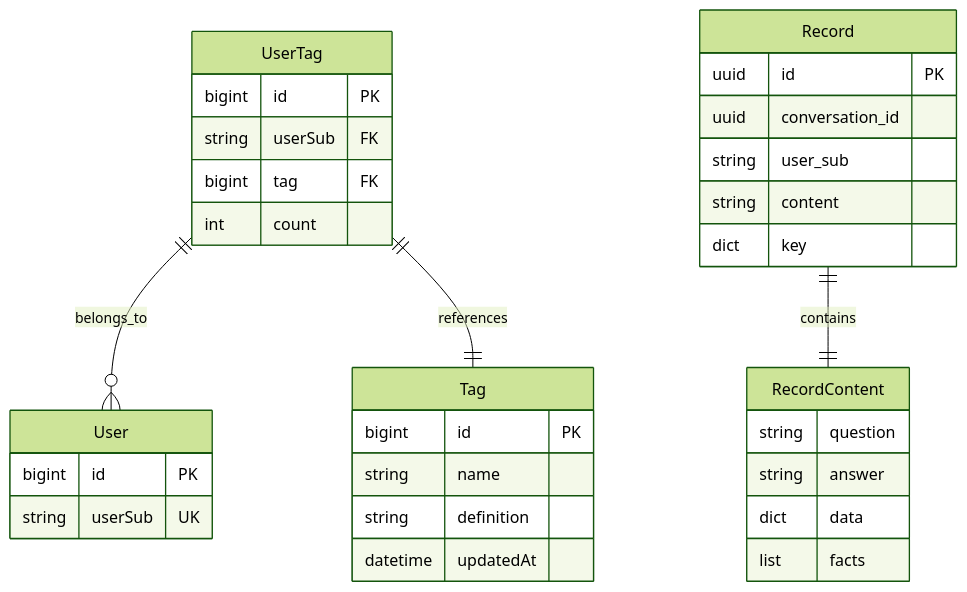
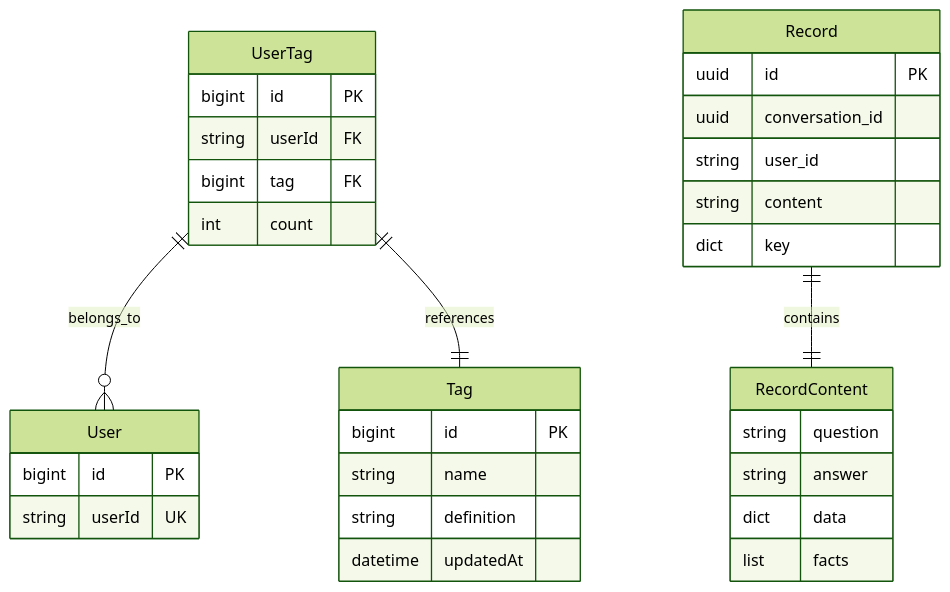
One commit to openeuler-mirror/euler-copilot-framework changed the second of 8 diagrams in design/call/suggest.md. Above: the diagram before and after it, drawn with Mermaid (forest theme). The commit also changed other lines of this file and 18 other files, not shown here.

````diff
--- a/design/call/suggest.md
+++ b/design/call/suggest.md
@@ -81,40 +81,40 @@
 ```mermaid
 erDiagram
     UserTag ||--o{ User : belongs_to
     UserTag ||--|| Tag : references
     Record ||--|| RecordContent : contains
 
     UserTag {
         bigint id PK
-        string userSub FK
+        string userId FK
         bigint tag FK
         int count
     }
 
     Tag {
         bigint id PK
         string name
         string definition
         datetime updatedAt
     }
 
     User {
         bigint id PK
-        string userSub UK
+        string userId UK
     }
 
     Record {
         uuid id PK
         uuid conversation_id
-        string user_sub
+        string user_id
         string content
         dict key
     }
 
     RecordContent {
         string question
         string answer
         dict data
         list facts
     }
 ```
````
